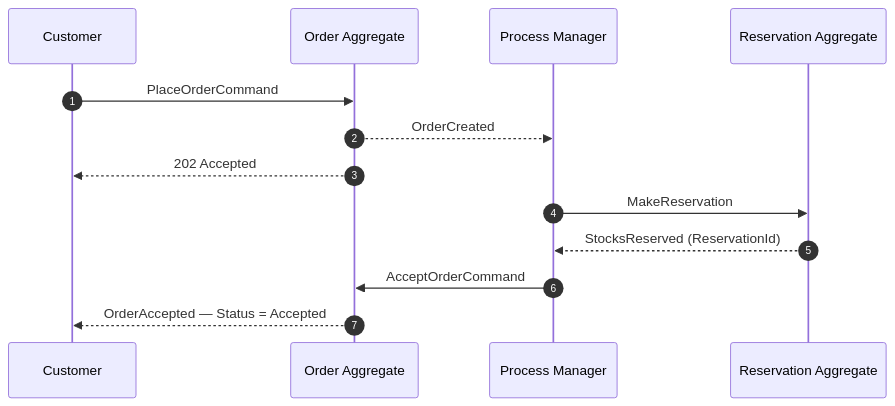
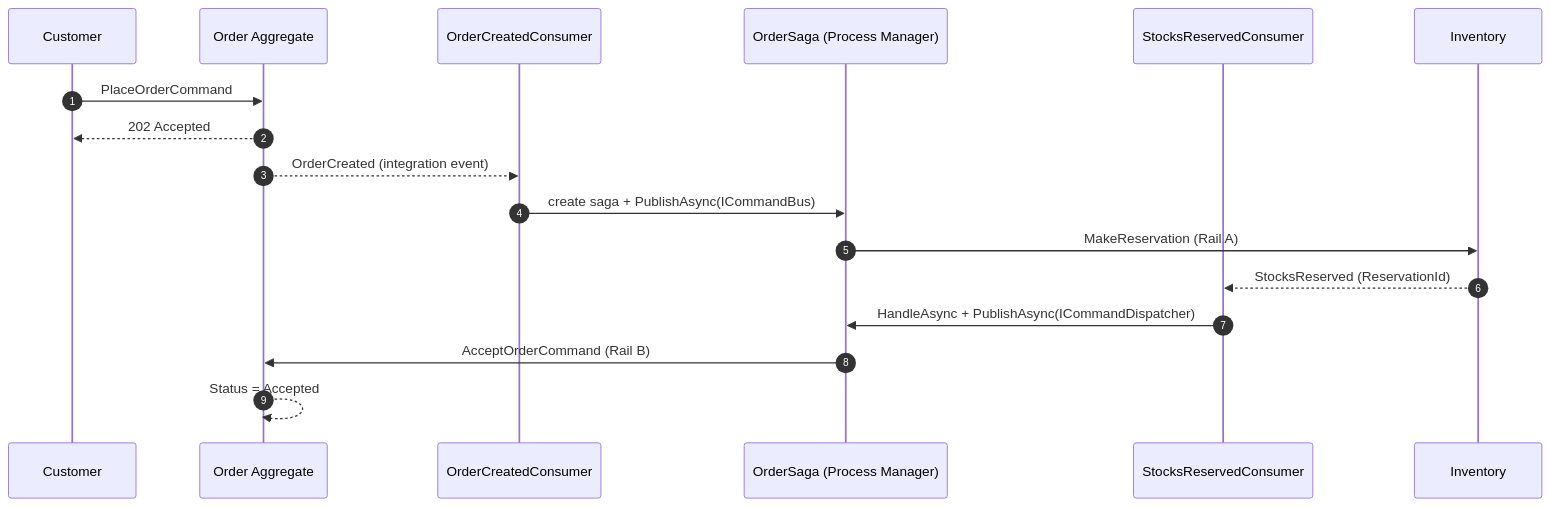
The eighth of 10 diagrams in Order/src/EShop.Order.API/README.md (mnnam1302/EShop), drawn with Mermaid before and after one commit. The commit also changed other lines of this file and 14 other files, not shown here.

Commit message:
refactor(order): implement Order and OrderSaga state machine

````diff
--- a/Order/src/EShop.Order.API/README.md
+++ b/Order/src/EShop.Order.API/README.md
@@ -191,18 +232,21 @@
 ```mermaid
 sequenceDiagram
     autonumber
-    participant C  as Customer
-    participant OA as Order Aggregate
-    participant PM as Process Manager
-    participant RA as Reservation Aggregate
+    participant C   as Customer
+    participant OA  as Order Aggregate
+    participant OC  as OrderCreatedConsumer
+    participant PM  as OrderSaga (Process Manager)
+    participant SR  as StocksReservedConsumer
+    participant INV as Inventory
 
     C->>OA: PlaceOrderCommand
-    OA-->>PM: OrderCreated
     OA-->>C: 202 Accepted
+    OA-->>OC: OrderCreated (integration event)
+    OC->>PM: create saga + PublishAsync(ICommandBus)
+    PM->>INV: MakeReservation (Rail A)
 
-    PM->>RA: MakeReservation
-    RA-->>PM: StocksReserved (ReservationId)
-
-    PM->>OA: AcceptOrderCommand
-    OA-->>C: OrderAccepted — Status = Accepted
+    INV-->>SR: StocksReserved (ReservationId)
+    SR->>PM: HandleAsync + PublishAsync(ICommandDispatcher)
+    PM->>OA: AcceptOrderCommand (Rail B)
+    OA-->>OA: Status = Accepted
 ```
````
